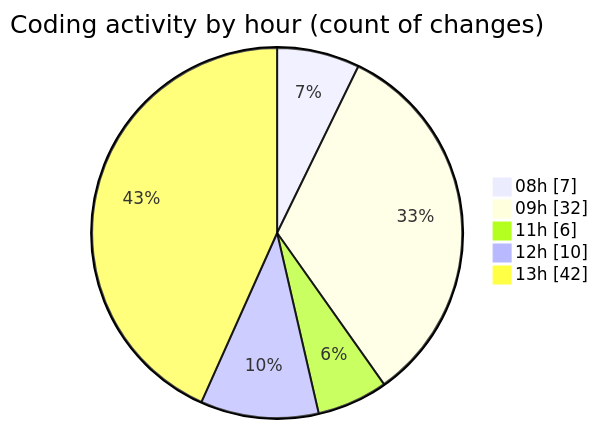
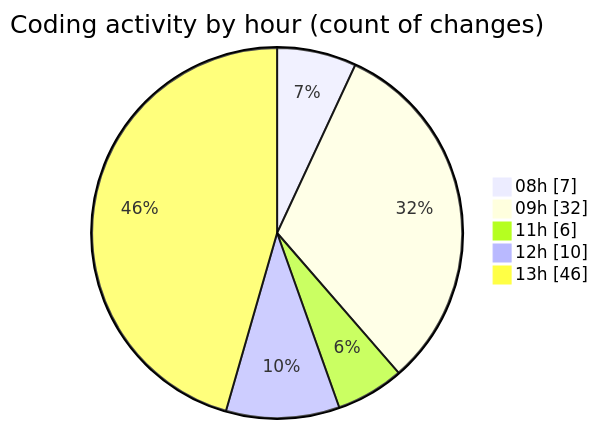
Before and after one commit to momahboobian/code-tracking: the second of 2 diagrams in 2026-09-04/cda/README.md, drawn with Mermaid. The commit also changed other lines of this file and 1 other file, not shown here.

````diff
--- a/2026-09-04/cda/README.md
+++ b/2026-09-04/cda/README.md
@@ -69,9 +69,9 @@
 ```mermaid
 pie showData
 title Coding activity by hour (count of changes)
 "08h" : 7
 "09h" : 32
 "11h" : 6
 "12h" : 10
-"13h" : 42
+"13h" : 46
 ```
````
